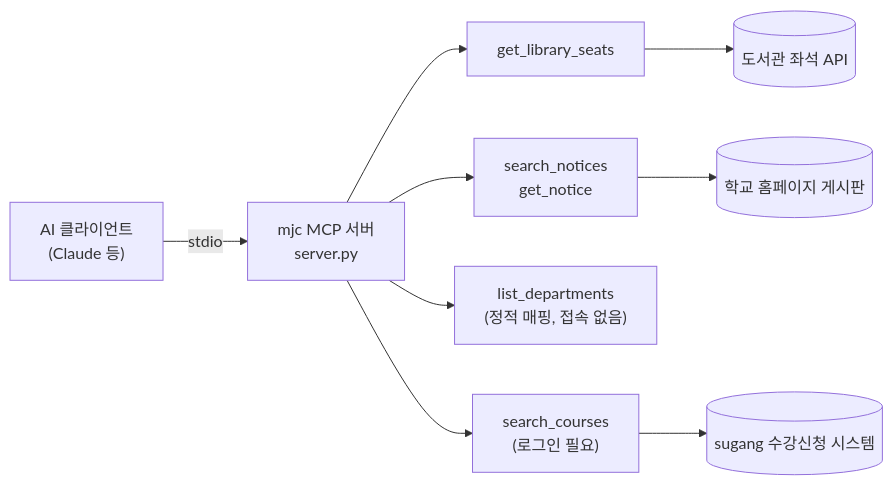
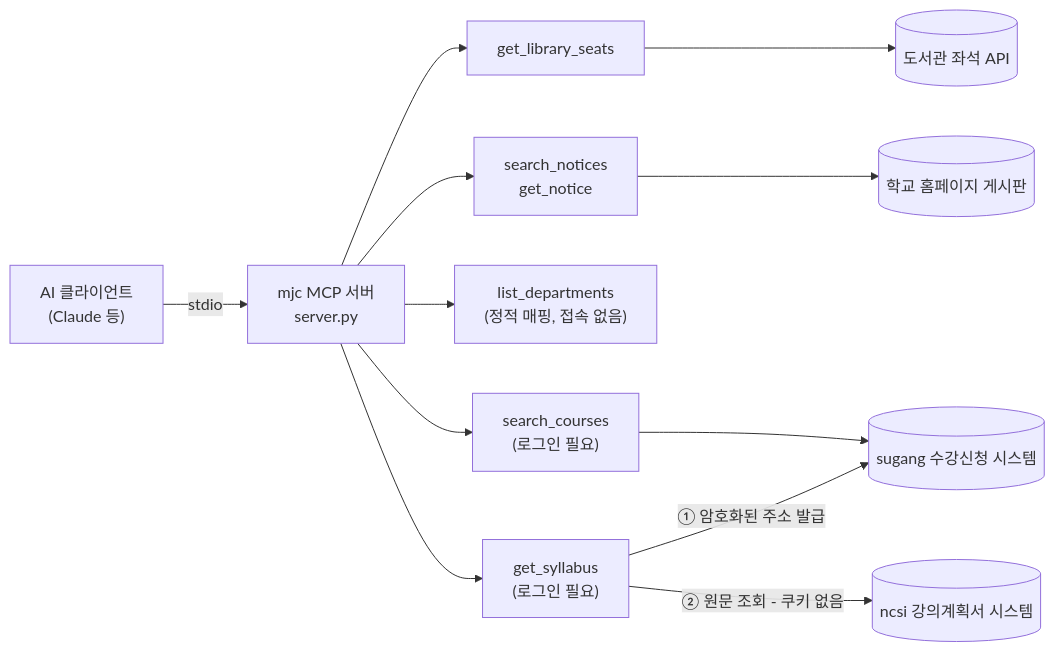
One commit to 4thIS/hachathon_mjc_mcp changed the first of 4 diagrams in README.md. Above: the diagram before and after it, drawn with Mermaid. The commit also changed other lines of this file and 1 other file, not shown here.

First line of the commit message:
docs: README 도식화·표 정리 및 강의계획서 최신 동작 반영

````diff
--- a/README.md
+++ b/README.md
@@ -20,11 +20,14 @@
 ```mermaid
 flowchart LR
     Client["AI 클라이언트<br/>(Claude 등)"] -- stdio --> Server["mjc MCP 서버<br/>server.py"]
     Server --> Seats[get_library_seats]
     Server --> Notices["search_notices<br/>get_notice"]
     Server --> Depts["list_departments<br/>(정적 매핑, 접속 없음)"]
     Server --> Courses["search_courses<br/>(로그인 필요)"]
+    Server --> Syllabus["get_syllabus<br/>(로그인 필요)"]
     Seats --> LibAPI[("도서관 좌석 API")]
     Notices --> Web[("학교 홈페이지 게시판")]
     Courses --> Sugang[("sugang 수강신청 시스템")]
+    Syllabus -->|① 암호화된 주소 발급| Sugang
+    Syllabus -->|② 원문 조회 - 쿠키 없음| Ncsi[("ncsi 강의계획서 시스템")]
 ```
````
